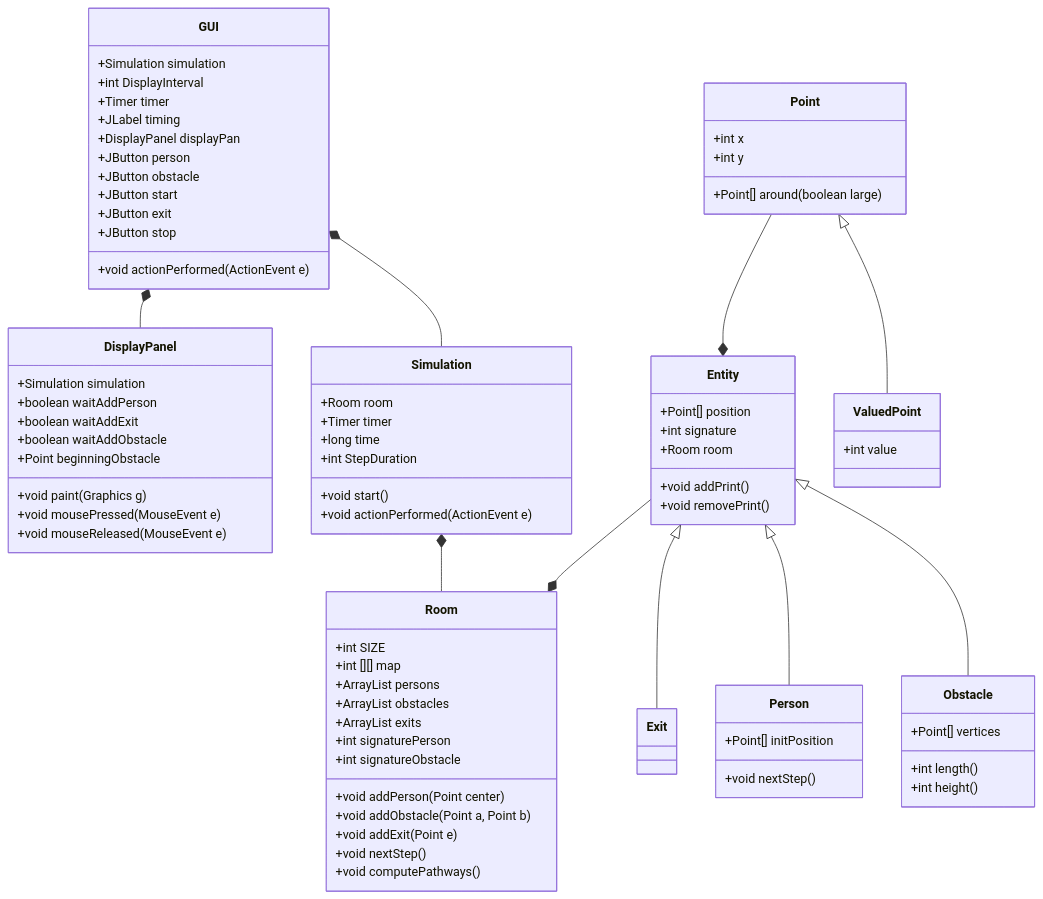
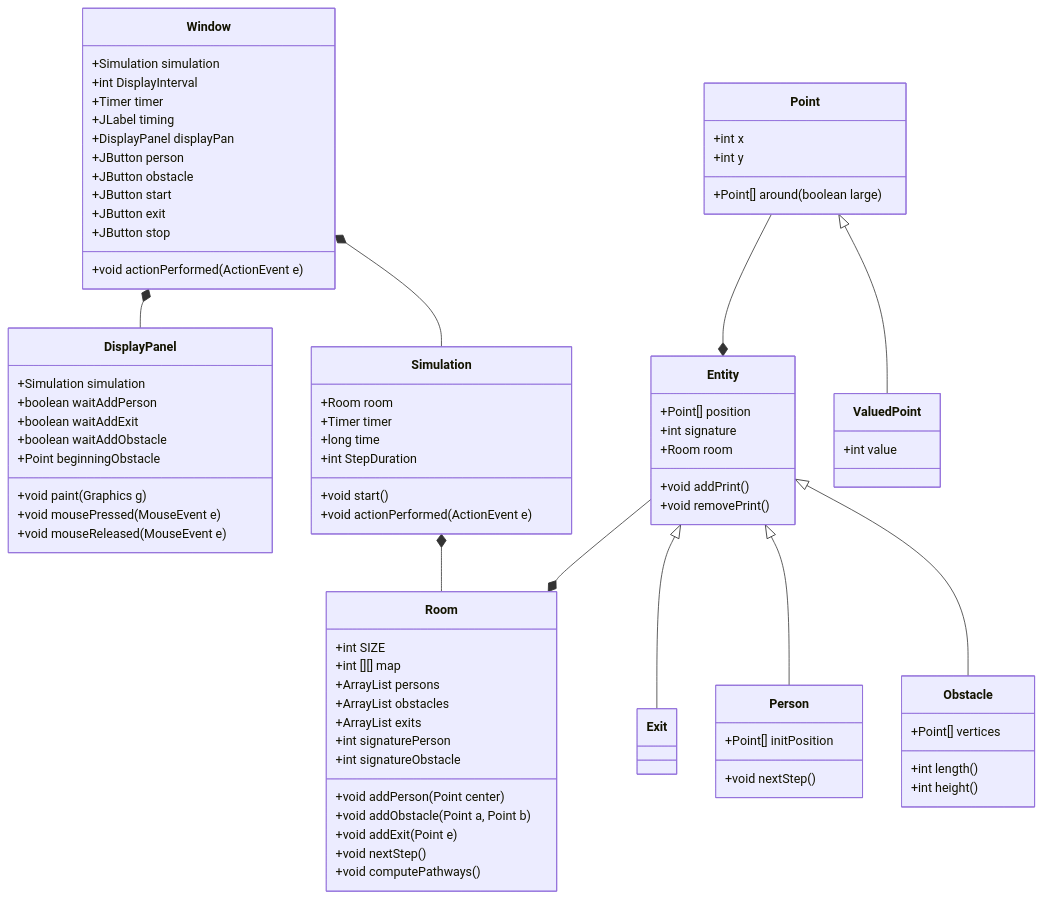
Before and after one commit to TimotheeMB/ProjectS4: the diagram in Report.md, drawn with Mermaid. The commit also changed other lines of this file and 3 other files, not shown here.

````diff
--- a/Report.md
+++ b/Report.md
@@ -36,67 +36,67 @@
 ```mermaid
 classDiagram
 
-GUI *-- DisplayPanel
-GUI *-- Simulation
-GUI: +Simulation simulation
-GUI: +int DisplayInterval
-GUI: +Timer timer
-GUI: +JLabel timing
-GUI: +DisplayPanel displayPan
-GUI: +JButton person
-GUI: +JButton obstacle
-GUI: +JButton start
-GUI: +JButton exit
-GUI: +JButton stop
-GUI: +void actionPerformed(ActionEvent e)
+Window *-- DisplayPanel
+Window *-- Simulation
+Window: +Simulation simulation
+Window: +int DisplayInterval
+Window: +Timer timer
+Window: +JLabel timing
+Window: +DisplayPanel displayPan
+Window: +JButton person
+Window: +JButton obstacle
+Window: +JButton start
+Window: +JButton exit
+Window: +JButton stop
+Window: +void actionPerformed(ActionEvent e)
 DisplayPanel: +Simulation simulation
 DisplayPanel: +boolean waitAddPerson
 DisplayPanel: +boolean waitAddExit
 DisplayPanel: +boolean waitAddObstacle
 DisplayPanel: +Point beginningObstacle
 DisplayPanel: +void paint(Graphics g)
 DisplayPanel: +void mousePressed(MouseEvent e)
 DisplayPanel: +void mouseReleased(MouseEvent e)
 Simulation *-- Room
 Simulation: +Room room
 Simulation: +Timer timer
 Simulation: +long time
 Simulation: +int StepDuration
 Simulation: +void start()
 Simulation: +void actionPerformed(ActionEvent e)
 Entity -- *Room
 Room: +int SIZE
 Room: +int [][] map
 Room: +ArrayList<Person> persons
 Room: +ArrayList<Obstacle> obstacles
 Room: +ArrayList<Exit> exits
 Room: +int signaturePerson
 Room: +int signatureObstacle
 Room: +void addPerson(Point center)
 Room: +void addObstacle(Point a, Point b)
 Room: +void addExit(Point e)
 Room: +void nextStep()
 Room: +void computePathways()
 Entity: +Point[] position
 Entity: +int signature
 Entity: +Room room
 Entity: +void addPrint()
 Entity: +void removePrint()
 Entity <|-- Exit
 Entity <|-- Person
 Person: +Point[] initPosition
 Person: +void nextStep()
 Entity <|-- Obstacle
 Obstacle: +Point[] vertices
 Obstacle: +int length()
 Obstacle: +int height()
 
 Point --* Entity
 Point<|--ValuedPoint
 
 Point: +int x
 Point: +int y
 Point: +Point[] around(boolean large)
 
 ValuedPoint: +int value
 ```
````
